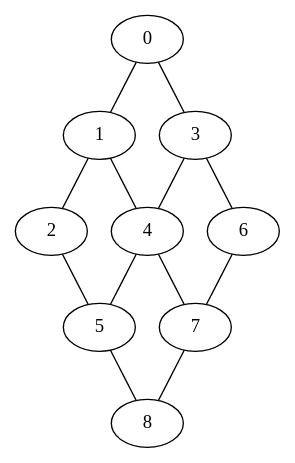
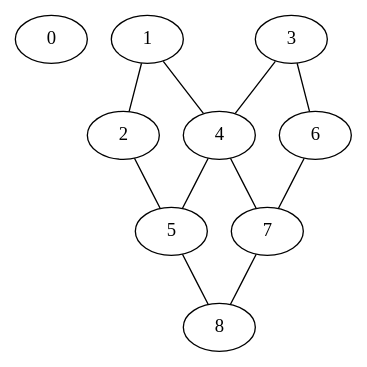
The diagram in exports/dot/graph.dot (dgcnz/fully-dynamic-connectivity), drawn with Graphviz before and after one commit. The commit also changed 38 other files, not shown here.

```diff
--- a/exports/dot/graph.dot
+++ b/exports/dot/graph.dot
@@ -1,36 +1,32 @@
 strict graph {
 0 [pos="0,0!" ]
 1 [pos="1,0!" ]
 2 [pos="2,0!" ]
 3 [pos="0,-1!" ]
 4 [pos="1,-1!" ]
 5 [pos="2,-1!" ]
 6 [pos="0,-2!" ]
 7 [pos="1,-2!" ]
 8 [pos="2,-2!" ]
 
-0 -- 3
-0 -- 1
 1 -- 4
-1 -- 0
 1 -- 2
 2 -- 5
 2 -- 1
-3 -- 0
 3 -- 6
 3 -- 4
 4 -- 1
 4 -- 7
 4 -- 3
 4 -- 5
 5 -- 2
 5 -- 8
 5 -- 4
 6 -- 3
 6 -- 7
 7 -- 4
 7 -- 6
 7 -- 8
 8 -- 5
 8 -- 7
 }
```
